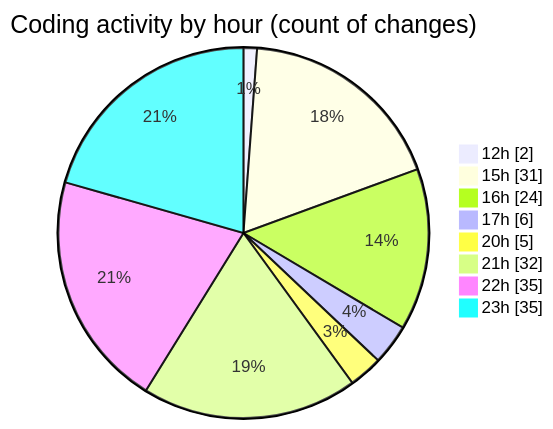
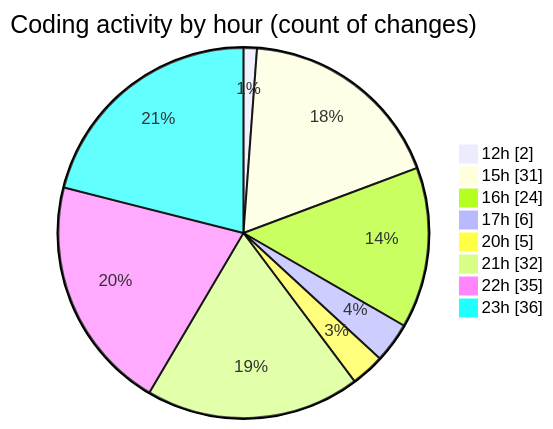
One commit to momahboobian/code-tracking changed the second of 2 diagrams in 2025-02-26/cda/README.md. Above: the diagram before and after it, drawn with Mermaid. The commit also changed other lines of this file and 1 other file, not shown here.

````diff
--- a/2025-02-26/cda/README.md
+++ b/2025-02-26/cda/README.md
@@ -48,12 +48,12 @@
 ```mermaid
 pie showData
 title Coding activity by hour (count of changes)
 "12h" : 2
 "15h" : 31
 "16h" : 24
 "17h" : 6
 "20h" : 5
 "21h" : 32
 "22h" : 35
-"23h" : 35
+"23h" : 36
 ```
````
